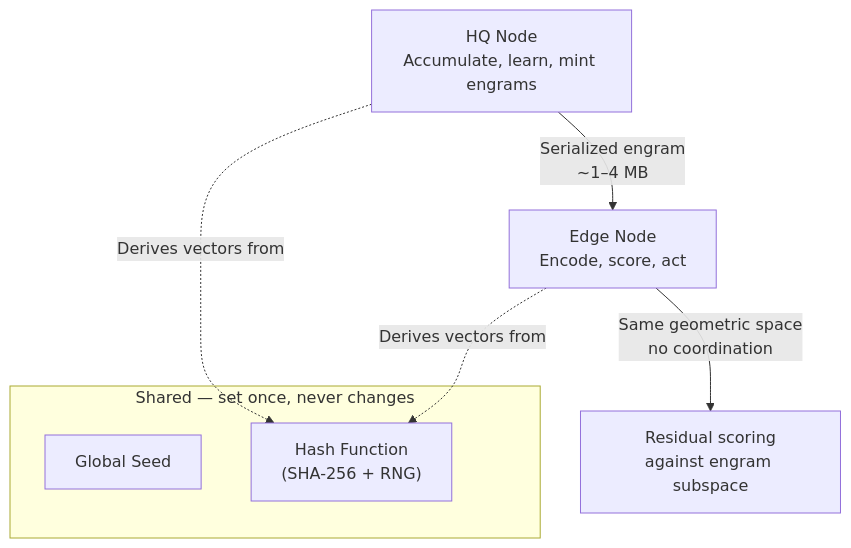
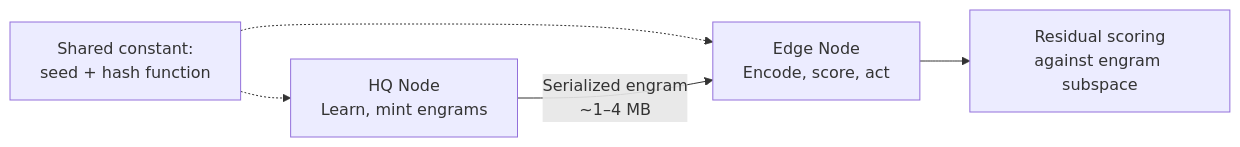
Before and after one commit to watmin/algebraic-intelligence.dev: the diagram in src/content/docs/blog/primers/series-1-004-coordination-free.md, drawn with Mermaid.

Commit message:
fix: rework HQ/Edge mermaid diagram layout
- Switch to LR layout to avoid subgraph label overlap
- Collapse seed + hash function into single shared-constant node
- Remove partial edge labels on dotted lines

````diff
--- a/src/content/docs/blog/primers/series-1-004-coordination-free.md
+++ b/src/content/docs/blog/primers/series-1-004-coordination-free.md
@@ -61,11 +61,12 @@
 ```mermaid
-graph TD
-    subgraph "Shared — set once, never changes"
-        Seed["Global Seed"]
-        Hash["Hash Function<br>(SHA-256 + RNG)"]
-    end
-    HQ["HQ Node<br>Accumulate, learn, mint engrams"] -->|"Serialized engram<br>~1–4 MB"| Edge["Edge Node<br>Encode, score, act"]
-    HQ -.->|"Derives vectors from"| Hash
-    Edge -.->|"Derives vectors from"| Hash
-    Edge -->|"Same geometric space<br>no coordination"| Score["Residual scoring<br>against engram subspace"]
+graph LR
+    Hash["Shared constant:<br>seed + hash function"]
+    HQ["HQ Node<br>Learn, mint engrams"]
+    Edge["Edge Node<br>Encode, score, act"]
+    Score["Residual scoring<br>against engram subspace"]
+
+    Hash -.-> HQ
+    Hash -.-> Edge
+    HQ -->|"Serialized engram<br>~1–4 MB"| Edge
+    Edge --> Score
 ```
````
